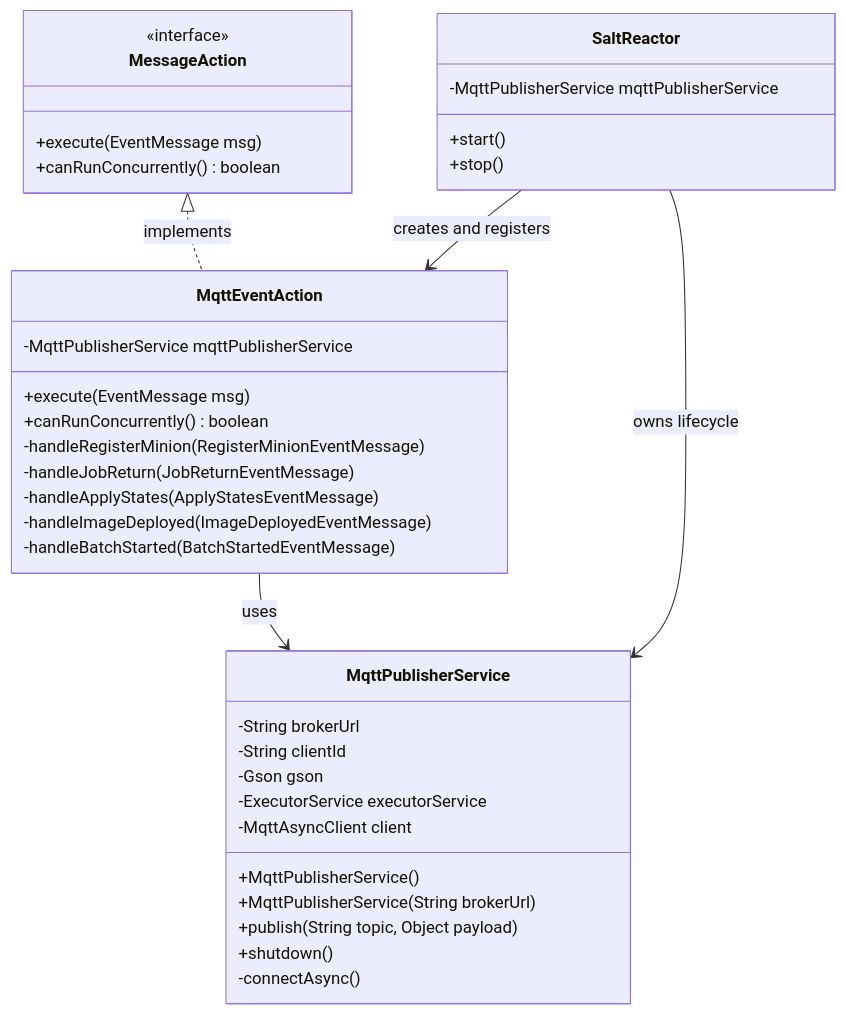
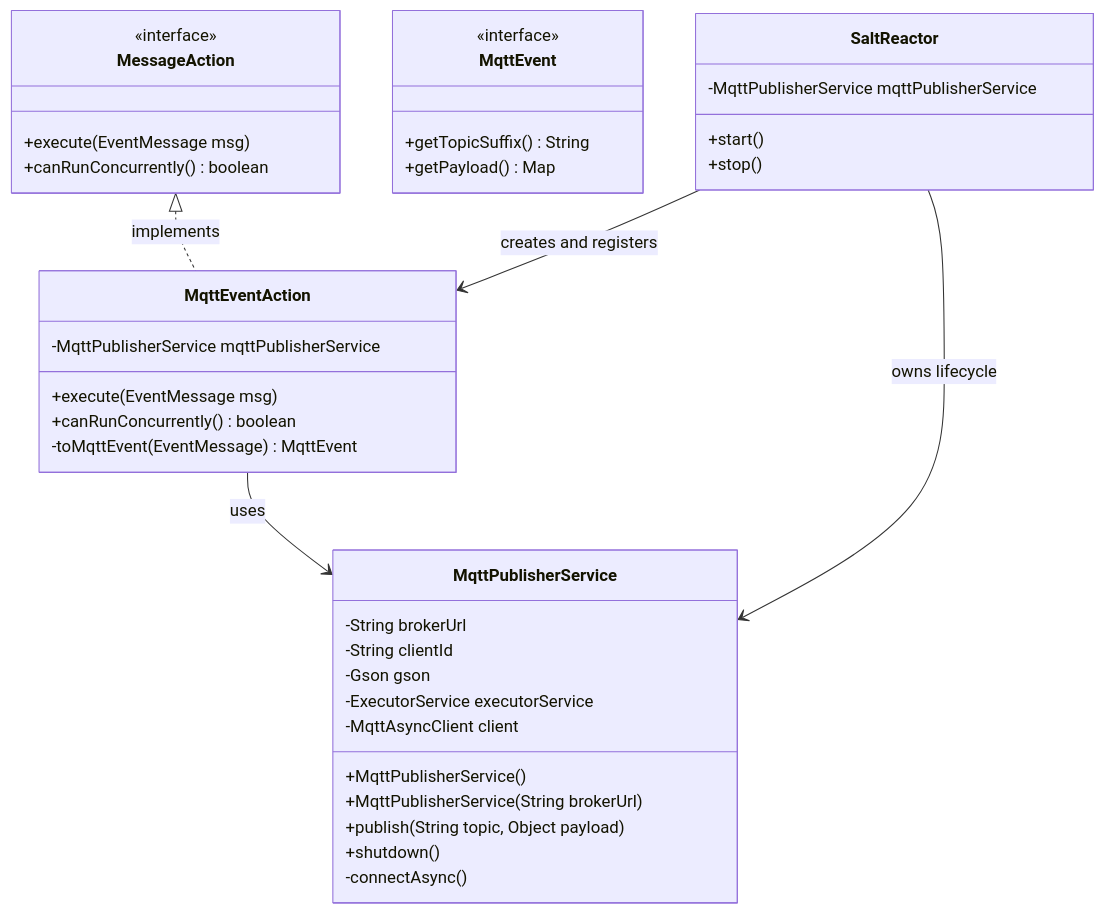
One commit to uyuni-project/uyuni-rfc changed the fifth of 9 diagrams in accepted/00000-mqtt-event-publisher.md. Above: the diagram before and after it, drawn with Mermaid. The commit also changed other lines of this file, not shown here.

Commit message:
Update RFC to match implementation: broker auth, per-event classes, async CLM, users/created payload

````diff
--- a/accepted/00000-mqtt-event-publisher.md
+++ b/accepted/00000-mqtt-event-publisher.md
@@ -161,43 +161,44 @@
 ```mermaid
 classDiagram
     class MessageAction {
         <<interface>>
         +execute(EventMessage msg)
         +canRunConcurrently() boolean
     }
 
     class MqttEventAction {
         -MqttPublisherService mqttPublisherService
         +execute(EventMessage msg)
         +canRunConcurrently() boolean
-        -handleRegisterMinion(RegisterMinionEventMessage)
-        -handleJobReturn(JobReturnEventMessage)
-        -handleApplyStates(ApplyStatesEventMessage)
-        -handleImageDeployed(ImageDeployedEventMessage)
-        -handleBatchStarted(BatchStartedEventMessage)
+        -toMqttEvent(EventMessage) MqttEvent
+    }
+    class MqttEvent {
+        <<interface>>
+        +getTopicSuffix() String
+        +getPayload() Map
     }
 
     class MqttPublisherService {
         -String brokerUrl
         -String clientId
         -Gson gson
         -ExecutorService executorService
         -MqttAsyncClient client
         +MqttPublisherService()
         +MqttPublisherService(String brokerUrl)
         +publish(String topic, Object payload)
         +shutdown()
         -connectAsync()
     }
 
     class SaltReactor {
         -MqttPublisherService mqttPublisherService
         +start()
         +stop()
     }
 
     MessageAction <|.. MqttEventAction : implements
     MqttEventAction --> MqttPublisherService : uses
     SaltReactor --> MqttPublisherService : owns lifecycle
     SaltReactor --> MqttEventAction : creates and registers
 ```
````
